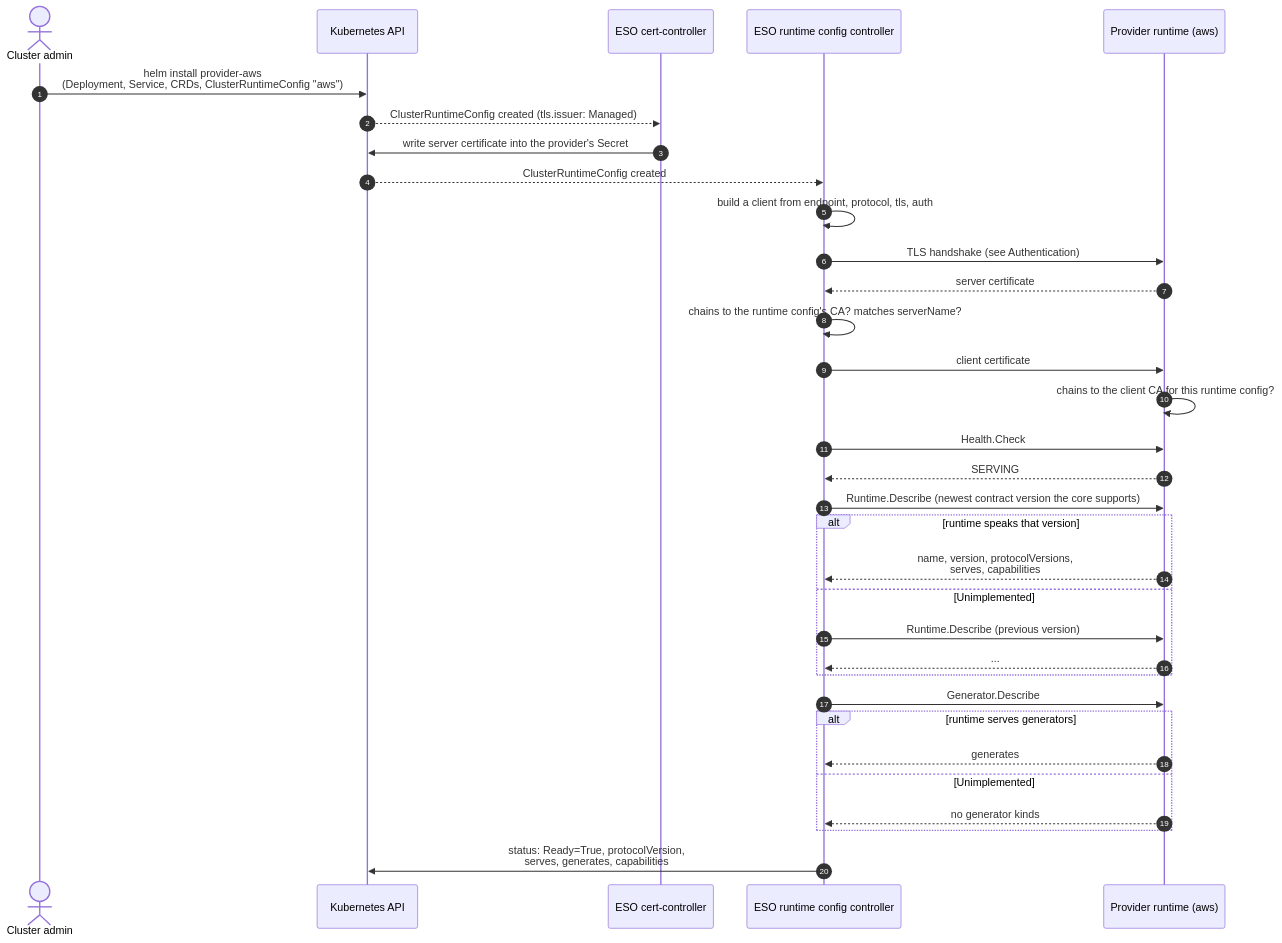
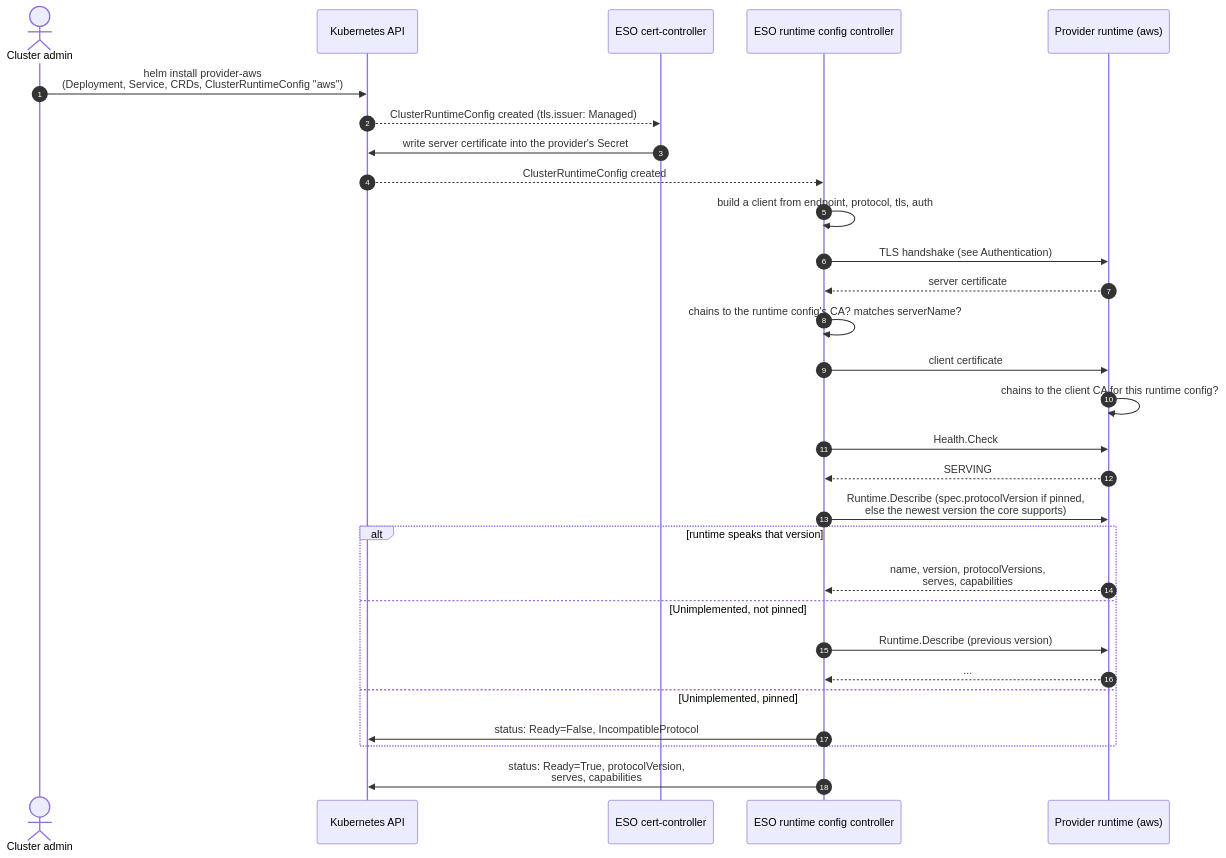
One commit to external-secrets/external-secrets changed the second of 6 diagrams in design/014/PROTOCOL.md. Above: the diagram before and after it, drawn with Mermaid. The commit also changed other lines of this file and 4 other files, not shown here.

````diff
--- a/design/014/PROTOCOL.md
+++ b/design/014/PROTOCOL.md
@@ -259,36 +269,32 @@
 ```mermaid
 sequenceDiagram
     autonumber
     actor Admin as Cluster admin
     participant K as Kubernetes API
     participant CertC as ESO cert-controller
     participant RCC as ESO runtime config controller
     participant P as Provider runtime (aws)
 
     Admin->>K: helm install provider-aws<br/>(Deployment, Service, CRDs, ClusterRuntimeConfig "aws")
     K-->>CertC: ClusterRuntimeConfig created (tls.issuer: Managed)
     CertC->>K: write server certificate into the provider's Secret
     K-->>RCC: ClusterRuntimeConfig created
     RCC->>RCC: build a client from endpoint, protocol, tls, auth
     RCC->>P: TLS handshake (see Authentication)
     P-->>RCC: server certificate
     RCC->>RCC: chains to the runtime config's CA? matches serverName?
     RCC->>P: client certificate
     P->>P: chains to the client CA for this runtime config?
     RCC->>P: Health.Check
     P-->>RCC: SERVING
-    RCC->>P: Runtime.Describe (newest contract version the core supports)
+    RCC->>P: Runtime.Describe (spec.protocolVersion if pinned,<br/>else the newest version the core supports)
     alt runtime speaks that version
         P-->>RCC: name, version, protocolVersions,<br/>serves, capabilities
-    else Unimplemented
+    else Unimplemented, not pinned
         RCC->>P: Runtime.Describe (previous version)
         P-->>RCC: ...
+    else Unimplemented, pinned
+        RCC->>K: status: Ready=False, IncompatibleProtocol
     end
-    RCC->>P: Generator.Describe
-    alt runtime serves generators
-        P-->>RCC: generates
-    else Unimplemented
-        P-->>RCC: no generator kinds
-    end
-    RCC->>K: status: Ready=True, protocolVersion,<br/>serves, generates, capabilities
+    RCC->>K: status: Ready=True, protocolVersion,<br/>serves, capabilities
 ```
````
